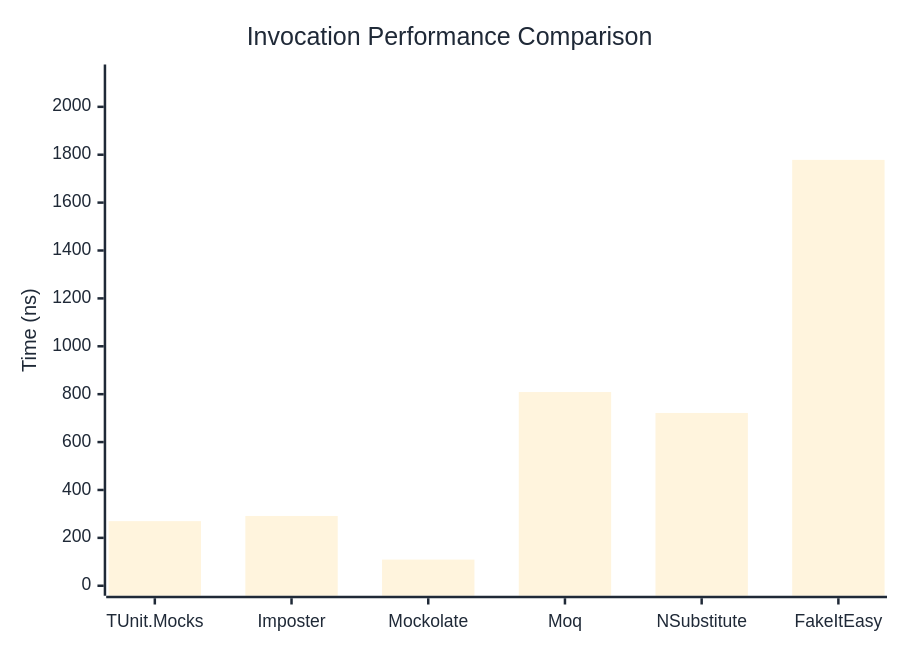
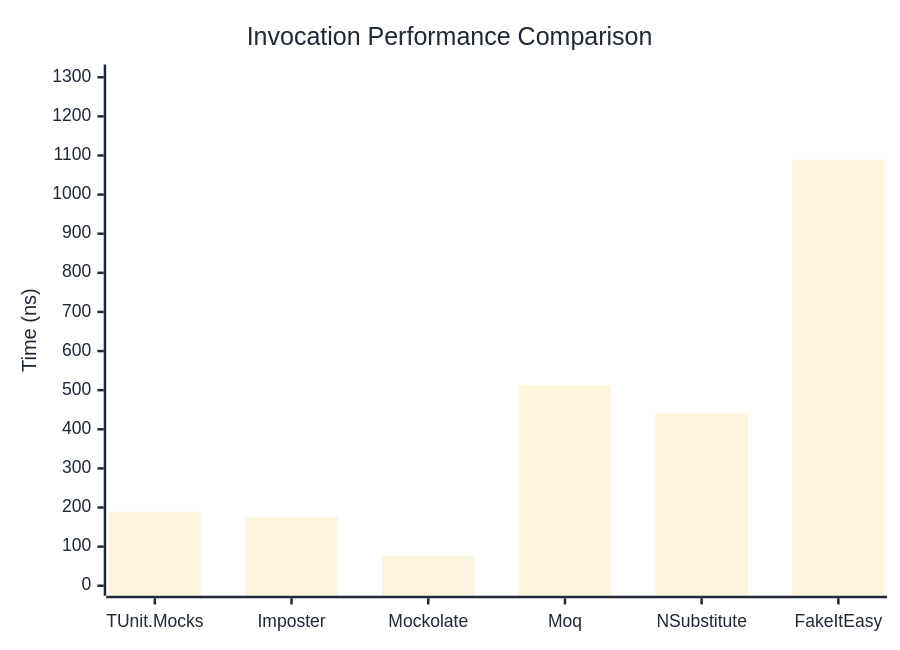
One commit to thomhurst/TUnit changed the first of 3 diagrams in docs/docs/benchmarks/mocks/Invocation.md. Above: the diagram before and after it, drawn with Mermaid. The commit also changed other lines of this file and 14 other files, not shown here.

````diff
--- a/docs/docs/benchmarks/mocks/Invocation.md
+++ b/docs/docs/benchmarks/mocks/Invocation.md
@@ -30,27 +30,27 @@
 ```mermaid
 %%{init: {
   'theme':'base',
   'themeVariables': {
     'primaryColor': '#2563eb',
     'primaryTextColor': '#1f2937',
     'primaryBorderColor': '#1e40af',
     'lineColor': '#6b7280',
     'secondaryColor': '#7c3aed',
     'tertiaryColor': '#dc2626',
     'background': '#ffffff',
     'pie1': '#2563eb',
     'pie2': '#7c3aed',
     'pie3': '#dc2626',
     'pie4': '#f59e0b',
     'pie5': '#10b981',
     'pie6': '#06b6d4',
     'pie7': '#ec4899',
     'pie8': '#6366f1'
   }
 }}%%
 xychart-beta
   title "Invocation Performance Comparison"
   x-axis ["TUnit.Mocks", "Imposter", "Mockolate", "Moq", "NSubstitute", "FakeItEasy"]
-  y-axis "Time (ns)" 0 --> 2135
-  bar [269.8, 291.4, 109.2, 808.9, 721.6, 1778.5]
+  y-axis "Time (ns)" 0 --> 1307
+  bar [188.96, 174.94, 75.42, 512.41, 441.39, 1089.02]
 ```
````
